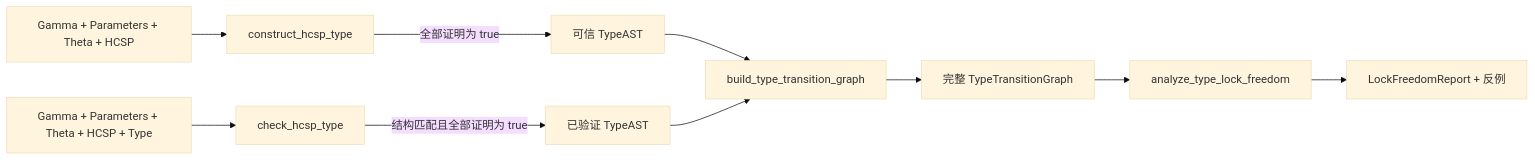
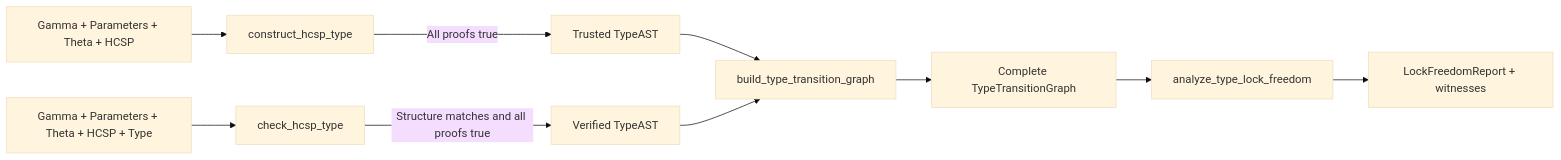
The diagram in document/PUBLIC_API_GUIDE.md (ZSBYzsby/A-Behavioral-Type-System-for-Hybrid-CSP), drawn with Mermaid (base theme) before and after one commit. The commit also changed other lines of this file and 173 other files, not shown here.

````diff
--- a/document/PUBLIC_API_GUIDE.md
+++ b/document/PUBLIC_API_GUIDE.md
@@ -25,12 +26,12 @@
 ```mermaid
 flowchart LR
     S1["Gamma + Parameters + Theta + HCSP"] --> C["construct_hcsp_type"]
-    C -->|"全部证明为 true"| T1["可信 TypeAST"]
+    C -->|"All proofs true"| T1["Trusted TypeAST"]
     S2["Gamma + Parameters + Theta + HCSP + Type"] --> K["check_hcsp_type"]
-    K -->|"结构匹配且全部证明为 true"| T2["已验证 TypeAST"]
+    K -->|"Structure matches and all proofs true"| T2["Verified TypeAST"]
     T1 --> G["build_type_transition_graph"]
     T2 --> G
-    G --> TG["完整 TypeTransitionGraph"]
+    G --> TG["Complete TypeTransitionGraph"]
     TG --> L["analyze_type_lock_freedom"]
-    L --> R["LockFreedomReport + 反例"]
+    L --> R["LockFreedomReport + witnesses"]
 ```
````
